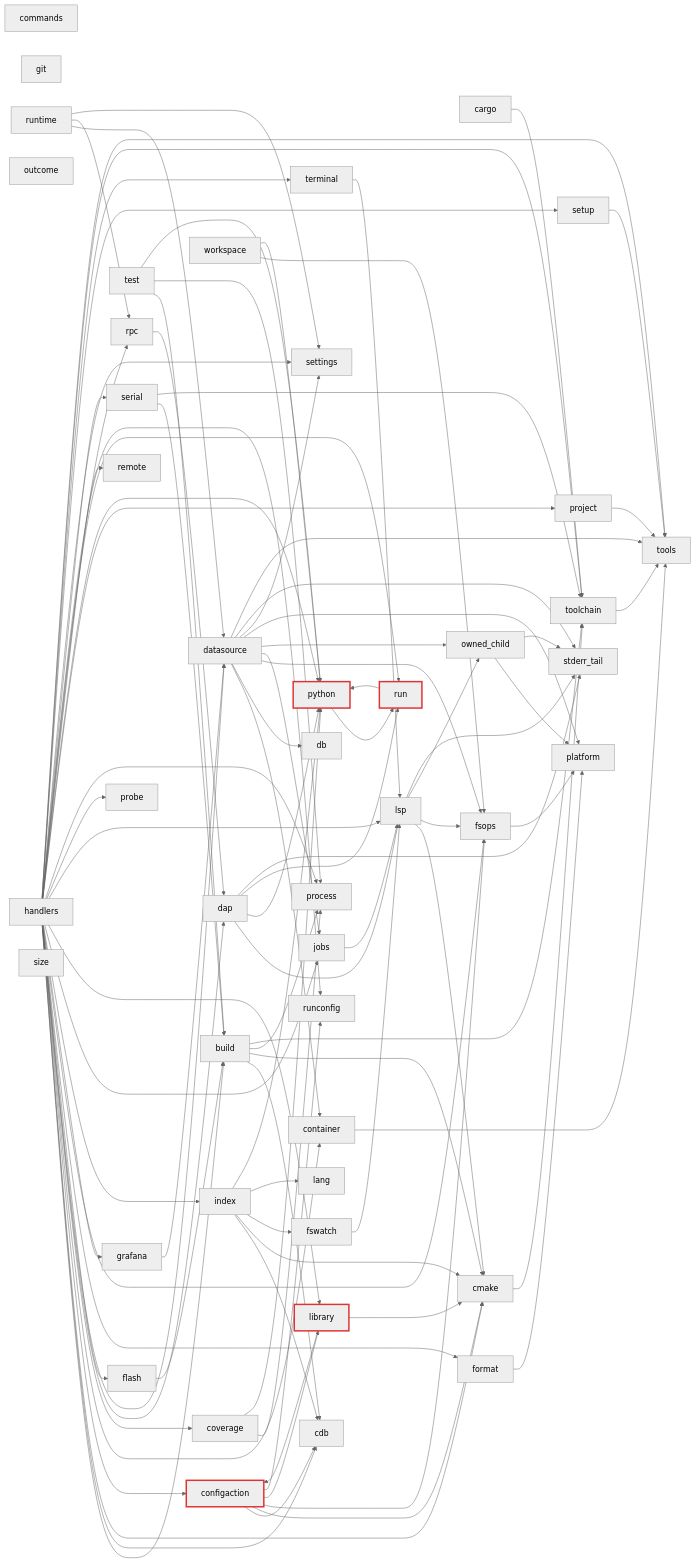
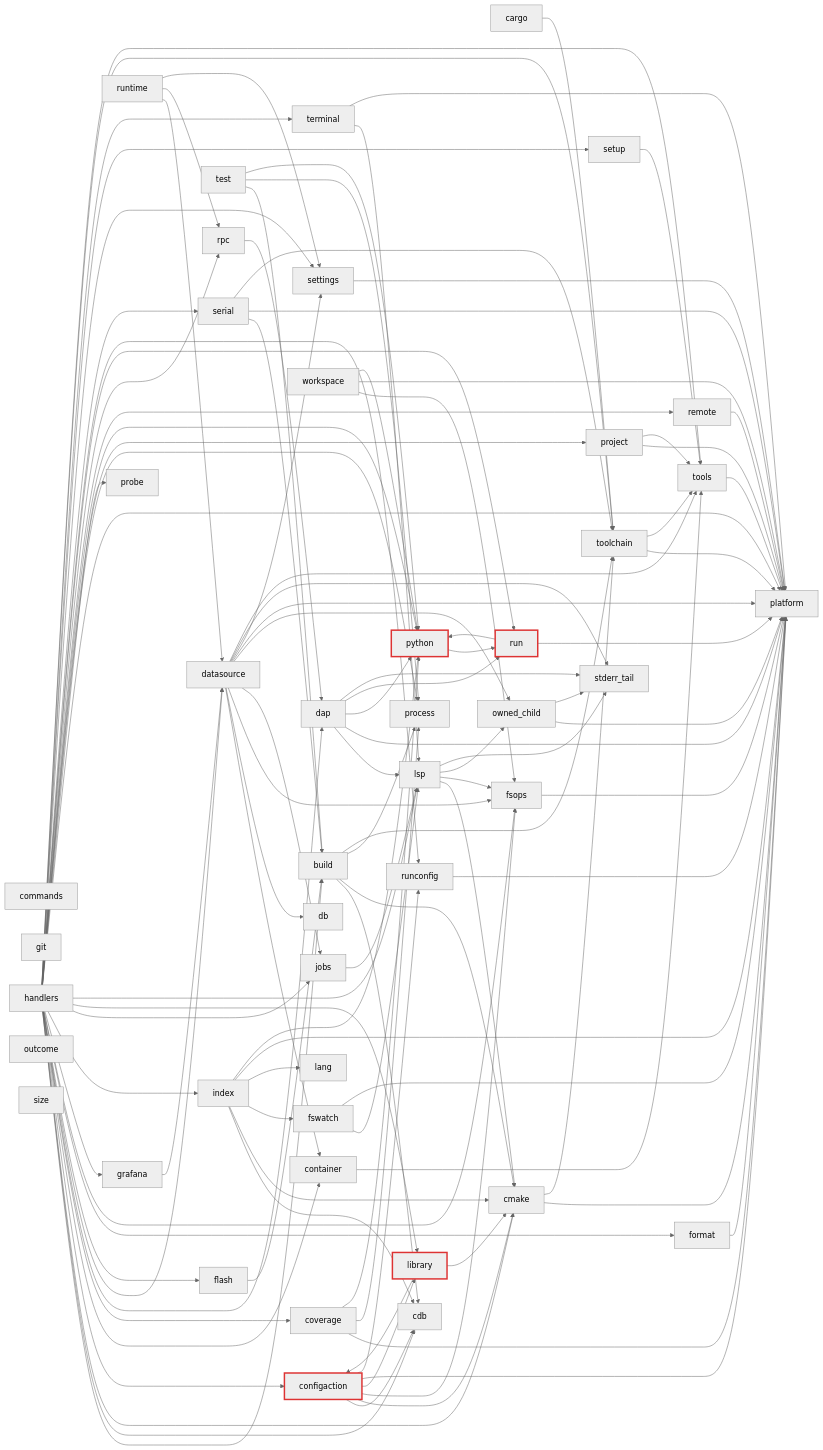
Before and after one commit to ViktorWalde/KineinVectis: the third of 16 diagrams in DocsPublic/arquitetura/01-mapa-de-modulos.md, drawn with Mermaid (neutral theme). The commit also changed other lines of this file and 80 other files, not shown here.

````diff
--- a/DocsPublic/arquitetura/01-mapa-de-modulos.md
+++ b/DocsPublic/arquitetura/01-mapa-de-modulos.md
@@ -140,16 +140,20 @@
   n_core_build --> n_core_process
   n_core_build --> n_core_toolchain
   n_core_cargo --> n_core_toolchain
+  n_core_cmake --> n_core_platform
   n_core_cmake --> n_core_toolchain
   n_core_configaction --> n_core_cdb
   n_core_configaction --> n_core_cmake
   n_core_configaction --> n_core_fsops
   n_core_configaction --> n_core_library
+  n_core_configaction --> n_core_platform
   n_core_configaction --> n_core_runconfig
   n_core_container --> n_core_tools
+  n_core_coverage --> n_core_platform
   n_core_coverage --> n_core_process
   n_core_coverage --> n_core_python
   n_core_dap --> n_core_lsp
+  n_core_dap --> n_core_platform
   n_core_dap --> n_core_python
   n_core_dap --> n_core_run
   n_core_dap --> n_core_stderr_tail
@@ -166,6 +170,7 @@
   n_core_format --> n_core_platform
   n_core_fsops --> n_core_platform
   n_core_fswatch --> n_core_lsp
+  n_core_fswatch --> n_core_platform
   n_core_grafana --> n_core_datasource
   n_core_handlers --> n_core_build
   n_core_handlers --> n_core_cdb
@@ -183,6 +188,7 @@
   n_core_handlers --> n_core_jobs
   n_core_handlers --> n_core_library
   n_core_handlers --> n_core_lsp
+  n_core_handlers --> n_core_platform
   n_core_handlers --> n_core_probe
   n_core_handlers --> n_core_process
   n_core_handlers --> n_core_project
@@ -201,6 +207,7 @@
   n_core_index --> n_core_cmake
   n_core_index --> n_core_fswatch
   n_core_index --> n_core_lang
+  n_core_index --> n_core_platform
   n_core_index --> n_core_python
   n_core_jobs --> n_core_lsp
   n_core_library --> n_core_cmake
@@ -211,22 +218,32 @@
   n_core_lsp --> n_core_stderr_tail
   n_core_owned_child --> n_core_platform
   n_core_owned_child --> n_core_stderr_tail
+  n_core_project --> n_core_platform
   n_core_project --> n_core_tools
   n_core_python --> n_core_run
+  n_core_remote --> n_core_platform
   n_core_rpc --> n_core_dap
+  n_core_run --> n_core_platform
   n_core_run --> n_core_python
+  n_core_runconfig --> n_core_platform
   n_core_runtime --> n_core_datasource
   n_core_runtime --> n_core_rpc
   n_core_runtime --> n_core_settings
   n_core_serial --> n_core_build
+  n_core_serial --> n_core_platform
   n_core_serial --> n_core_toolchain
+  n_core_settings --> n_core_platform
   n_core_setup --> n_core_tools
   n_core_terminal --> n_core_lsp
+  n_core_terminal --> n_core_platform
   n_core_test --> n_core_build
   n_core_test --> n_core_process
   n_core_test --> n_core_python
+  n_core_toolchain --> n_core_platform
   n_core_toolchain --> n_core_tools
+  n_core_tools --> n_core_platform
   n_core_workspace --> n_core_fsops
+  n_core_workspace --> n_core_platform
   n_core_workspace --> n_core_python
   classDef cycle stroke:#d33,stroke-width:3px
 ```
````
